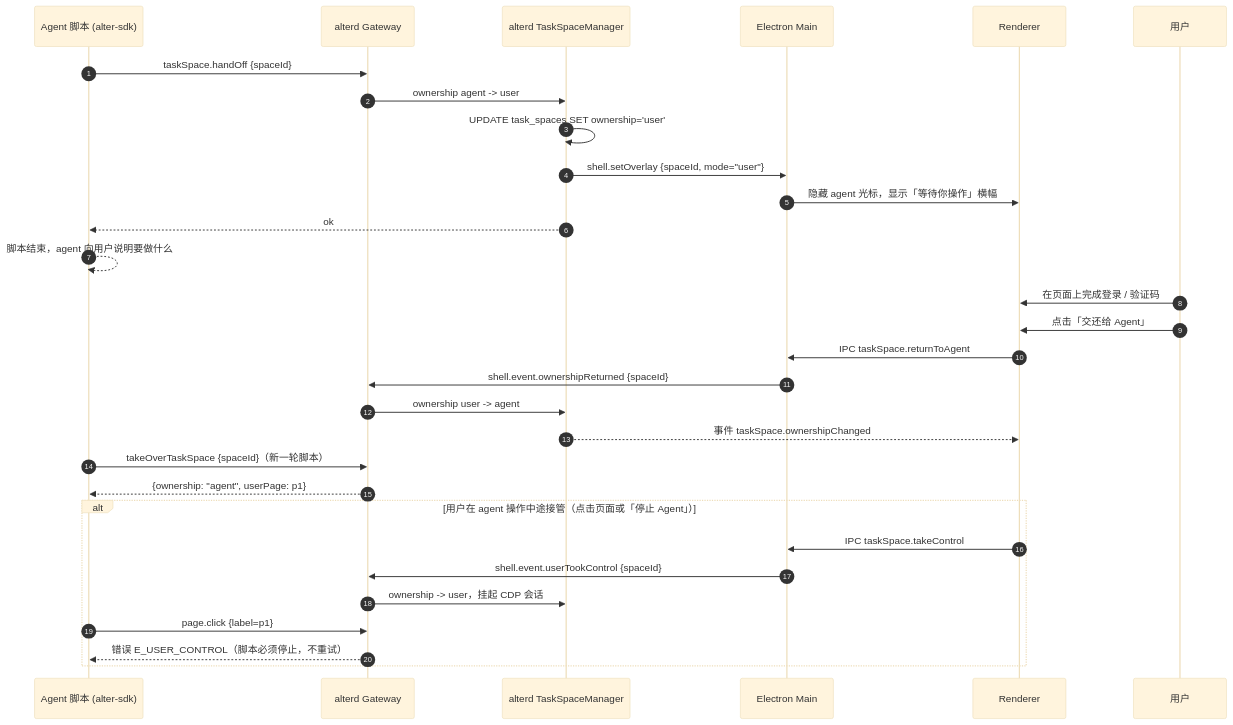
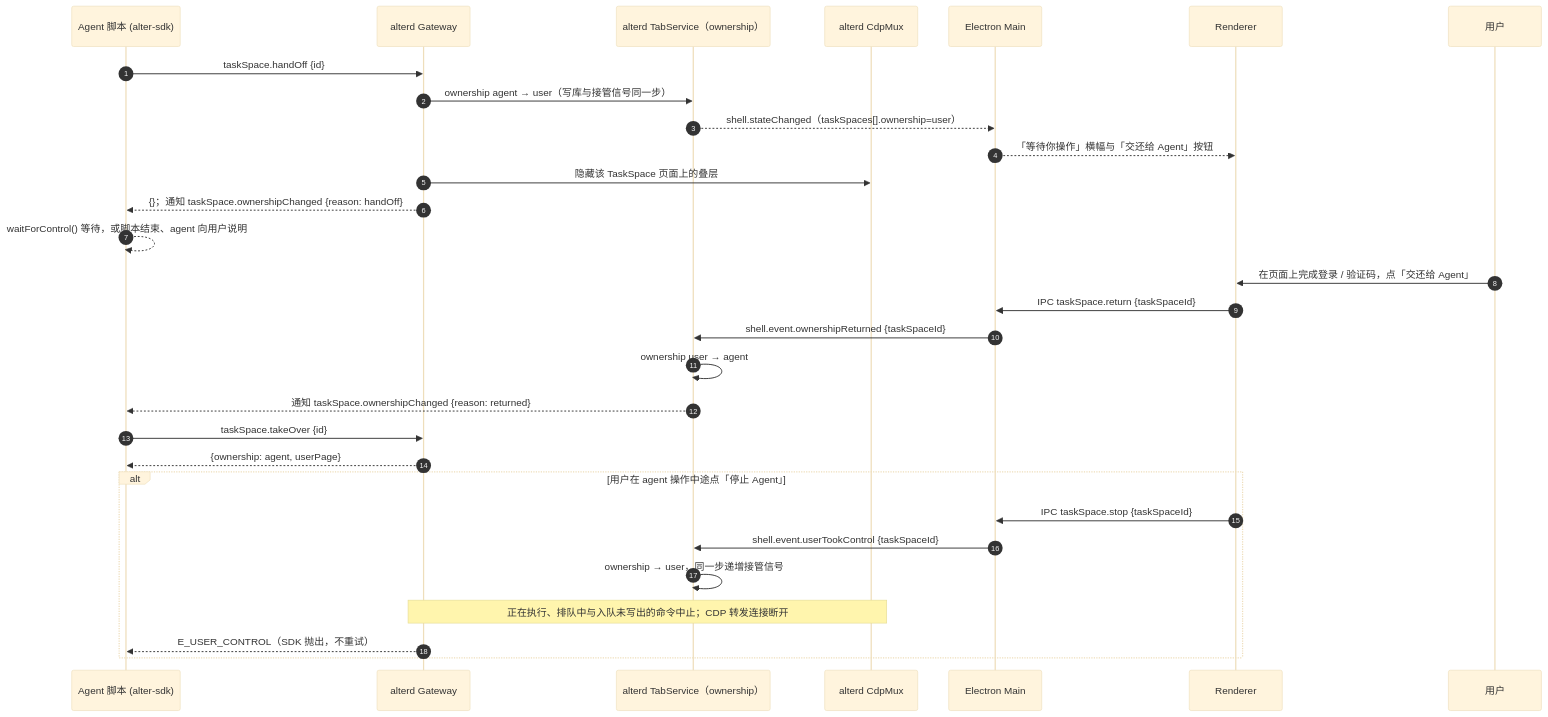
One commit to ethanyulabs/alter changed the third of 5 diagrams in .dev-flow/infra/core-flows.md. Above: the diagram before and after it, drawn with Mermaid (base theme). The commit also changed other lines of this file and 224 other files, not shown here.

First line of the commit message:
alter 核心功能：Space、agent、浏览增强与导入

````diff
--- a/.dev-flow/infra/core-flows.md
+++ b/.dev-flow/infra/core-flows.md
@@ -103,32 +104,32 @@
 ```mermaid
 sequenceDiagram
   autonumber
   participant A as Agent 脚本 (alter-sdk)
   participant G as alterd Gateway
-  participant T as alterd TaskSpaceManager
+  participant T as alterd TabService（ownership）
+  participant X as alterd CdpMux
   participant M as Electron Main
   participant R as Renderer
   participant U as 用户
-  A->>G: taskSpace.handOff {spaceId}
-  G->>T: ownership agent -> user
-  T->>T: UPDATE task_spaces SET ownership='user'
-  T->>M: shell.setOverlay {spaceId, mode="user"}
-  M->>R: 隐藏 agent 光标，显示「等待你操作」横幅
-  T-->>A: ok
-  A-->>A: 脚本结束，agent 向用户说明要做什么
-  U->>R: 在页面上完成登录 / 验证码
-  U->>R: 点击「交还给 Agent」
-  R->>M: IPC taskSpace.returnToAgent
-  M->>G: shell.event.ownershipReturned {spaceId}
-  G->>T: ownership user -> agent
-  T-->>R: 事件 taskSpace.ownershipChanged
-  A->>G: takeOverTaskSpace {spaceId}（新一轮脚本）
-  G-->>A: {ownership: "agent", userPage: p1}
-  alt 用户在 agent 操作中途接管（点击页面或「停止 Agent」）
-    R->>M: IPC taskSpace.takeControl
-    M->>G: shell.event.userTookControl {spaceId}
-    G->>T: ownership -> user，挂起 CDP 会话
-    A->>G: page.click {label=p1}
-    G-->>A: 错误 E_USER_CONTROL（脚本必须停止，不重试）
+  A->>G: taskSpace.handOff {id}
+  G->>T: ownership agent → user（写库与接管信号同一步）
+  T-->>M: shell.stateChanged（taskSpaces[].ownership=user）
+  M-->>R: 「等待你操作」横幅与「交还给 Agent」按钮
+  G->>X: 隐藏该 TaskSpace 页面上的叠层
+  G-->>A: {}；通知 taskSpace.ownershipChanged {reason: handOff}
+  A-->>A: waitForControl() 等待，或脚本结束、agent 向用户说明
+  U->>R: 在页面上完成登录 / 验证码，点「交还给 Agent」
+  R->>M: IPC taskSpace.return {taskSpaceId}
+  M->>T: shell.event.ownershipReturned {taskSpaceId}
+  T->>T: ownership user → agent
+  T-->>A: 通知 taskSpace.ownershipChanged {reason: returned}
+  A->>G: taskSpace.takeOver {id}
+  G-->>A: {ownership: agent, userPage}
+  alt 用户在 agent 操作中途点「停止 Agent」
+    R->>M: IPC taskSpace.stop {taskSpaceId}
+    M->>T: shell.event.userTookControl {taskSpaceId}
+    T->>T: ownership → user，同一步递增接管信号
+    Note over G,X: 正在执行、排队中与入队未写出的命令中止；CDP 转发连接断开
+    G-->>A: E_USER_CONTROL（SDK 抛出，不重试）
   end
 ```
````
